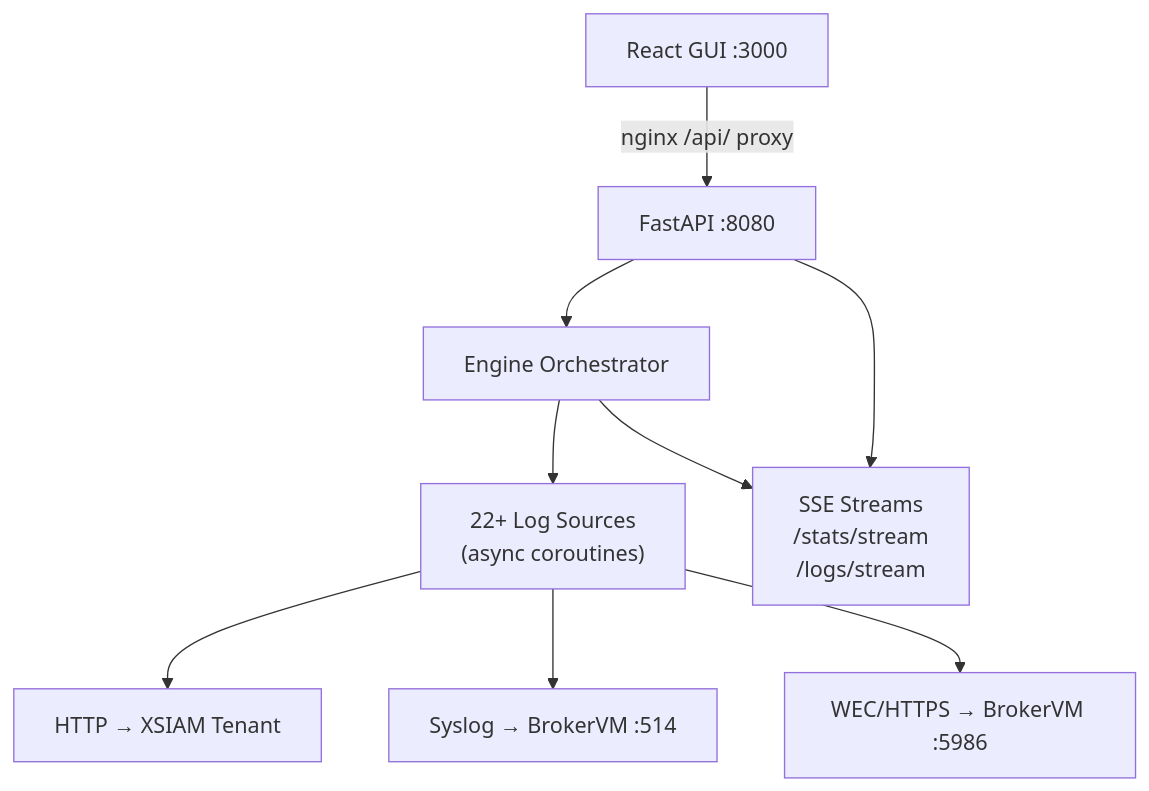
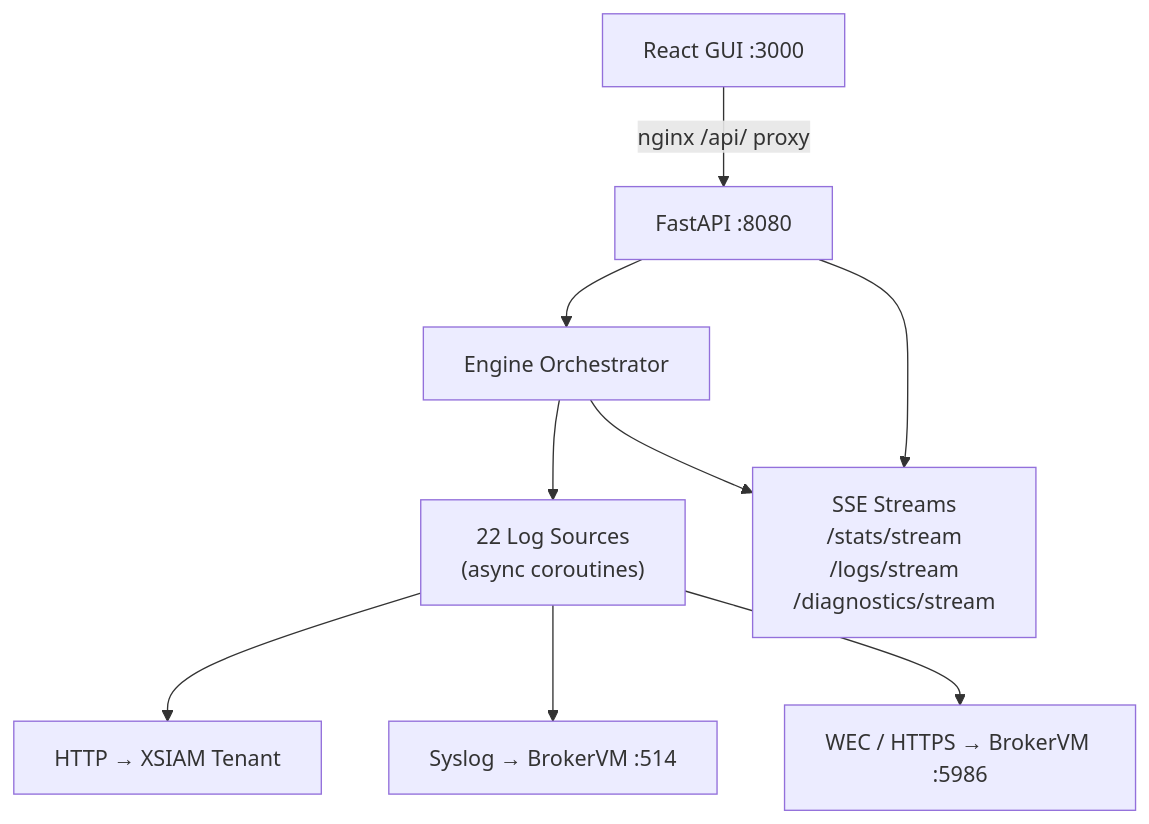
The diagram in README.md (jhueby/xsiam-log-engine), drawn with Mermaid before and after one commit. The commit also changed other lines of this file and 1 other file, not shown here.

````diff
--- a/README.md
+++ b/README.md
@@ -21,11 +52,11 @@
 ```mermaid
 graph TB
     GUI["React GUI :3000"] -->|nginx /api/ proxy| API["FastAPI :8080"]
     API --> Engine["Engine Orchestrator"]
-    Engine --> Sources["22+ Log Sources\n(async coroutines)"]
+    Engine --> Sources["22 Log Sources<br/>(async coroutines)"]
     Sources --> HTTP["HTTP → XSIAM Tenant"]
     Sources --> Syslog["Syslog → BrokerVM :514"]
-    Sources --> WEC["WEC/HTTPS → BrokerVM :5986"]
-    Engine --> SSE["SSE Streams\n/stats/stream\n/logs/stream"]
+    Sources --> WEC["WEC / HTTPS → BrokerVM :5986"]
+    Engine --> SSE["SSE Streams<br/>/stats/stream<br/>/logs/stream<br/>/diagnostics/stream"]
     API --> SSE
 ```
````
